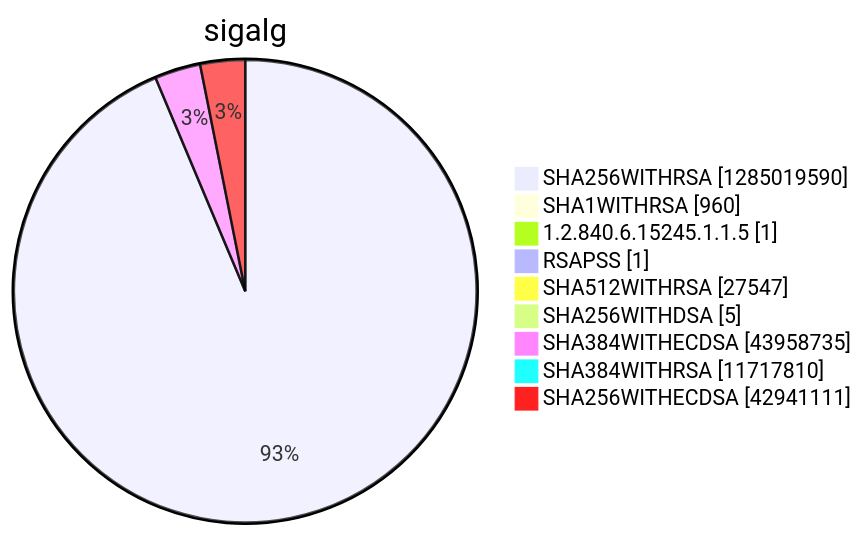
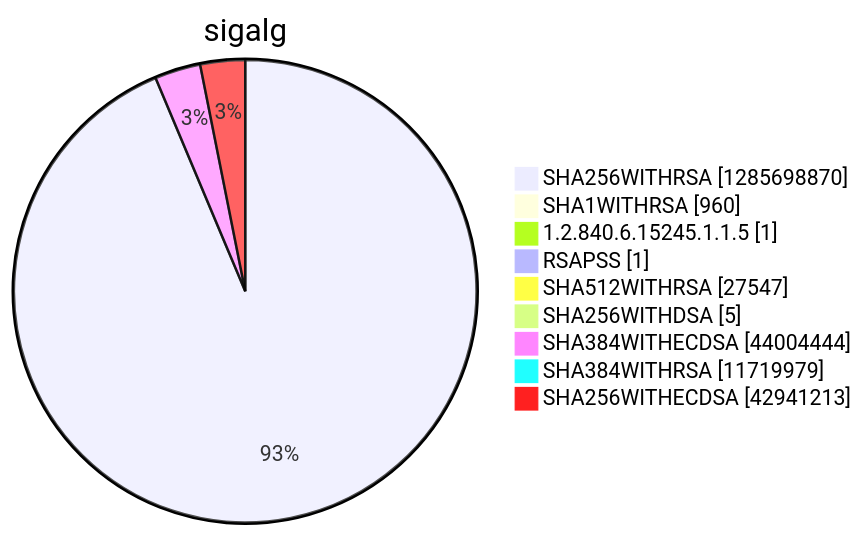
One commit to christiankrug/ctmonitor_visualization changed diagram 15 of 15 in argon2022/README.md. Above: the diagram before and after it, drawn with Mermaid. The commit also changed other lines of this file, not shown here.

````diff
--- a/argon2022/README.md
+++ b/argon2022/README.md
@@ -5523,13 +5523,13 @@
 ```mermaid
 pie showData
 title sigalg
-"SHA256WITHRSA" :1285019590
+"SHA256WITHRSA" :1285698870
 "SHA1WITHRSA" :960
 "1.2.840.6.15245.1.1.5" :1
 "RSAPSS" :1
 "SHA512WITHRSA" :27547
 "SHA256WITHDSA" :5
-"SHA384WITHECDSA" :43958735
-"SHA384WITHRSA" :11717810
-"SHA256WITHECDSA" :42941111
+"SHA384WITHECDSA" :44004444
+"SHA384WITHRSA" :11719979
+"SHA256WITHECDSA" :42941213
 ```
````
